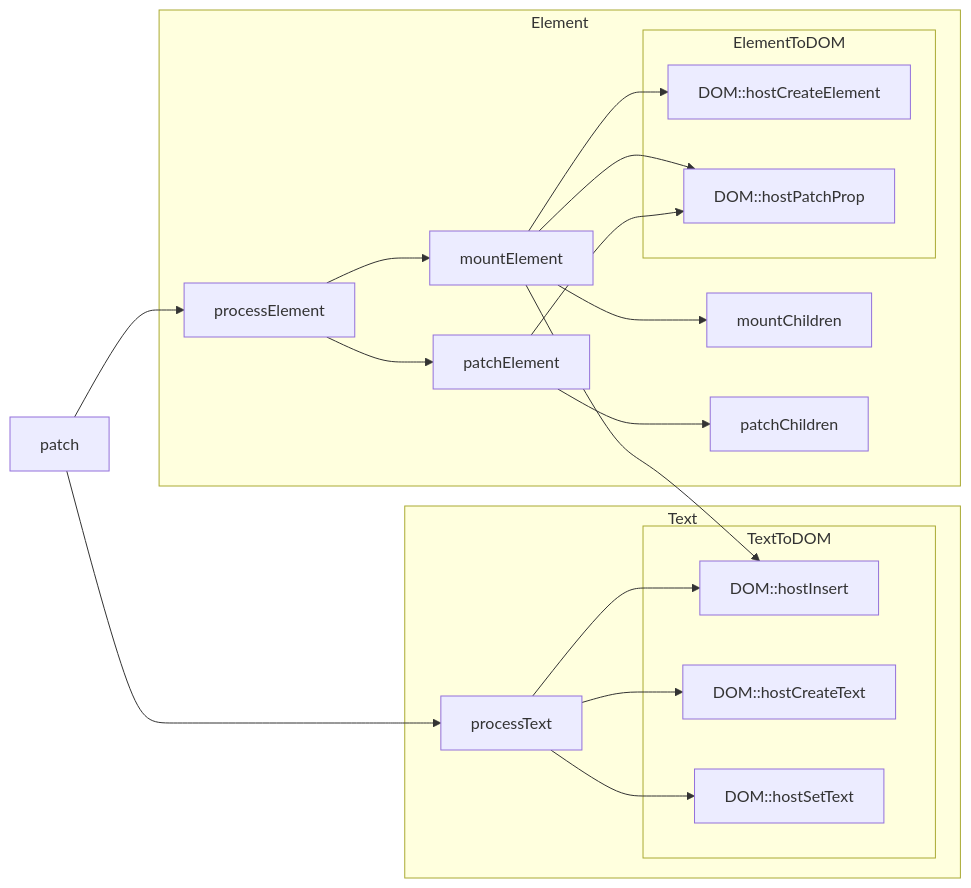
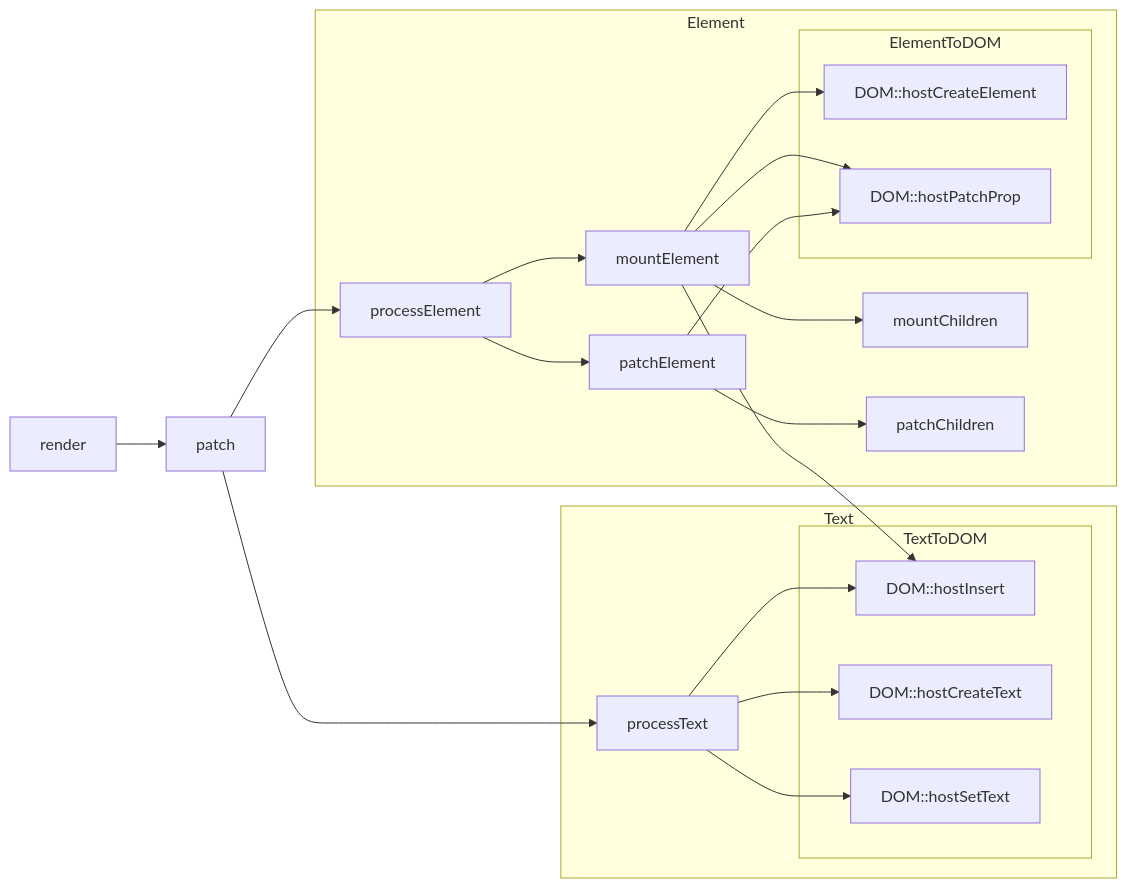
Before and after one commit to Gehbt/im-chibivue: the diagram in SPEC/day4.md, drawn with Mermaid. The commit also changed 7 other files, not shown here.

````diff
--- a/SPEC/day4.md
+++ b/SPEC/day4.md
@@ -1,34 +1,33 @@
 ```mermaid
   flowchart LR
+    render --> patch
     patch --> processText
     patch --> processElement
     subgraph processTextBlock["Text"]
       processText --> DOM::hostInsert
       processText --> DOM::hostCreateText
       processText --> DOM::hostSetText
 
       subgraph processTextDom["TextToDOM"]
         DOM::hostInsert
         DOM::hostCreateText
         DOM::hostSetText
       end
     end
     subgraph processElementBlock["Element"]
       processElement  --> mountElement
       processElement  --> patchElement
 
       mountElement --> DOM::hostCreateElement
       mountElement --> mountChildren
       mountElement --> DOM::hostPatchProp
       mountElement --> DOM::hostInsert
       subgraph mountElementDom["ElementToDOM"]
         DOM::hostCreateElement
         DOM::hostPatchProp
         DOM::hostInsert
       end
       patchElement --> patchChildren
       patchElement --> DOM::hostPatchProp
-
-
     end
 ```
````
